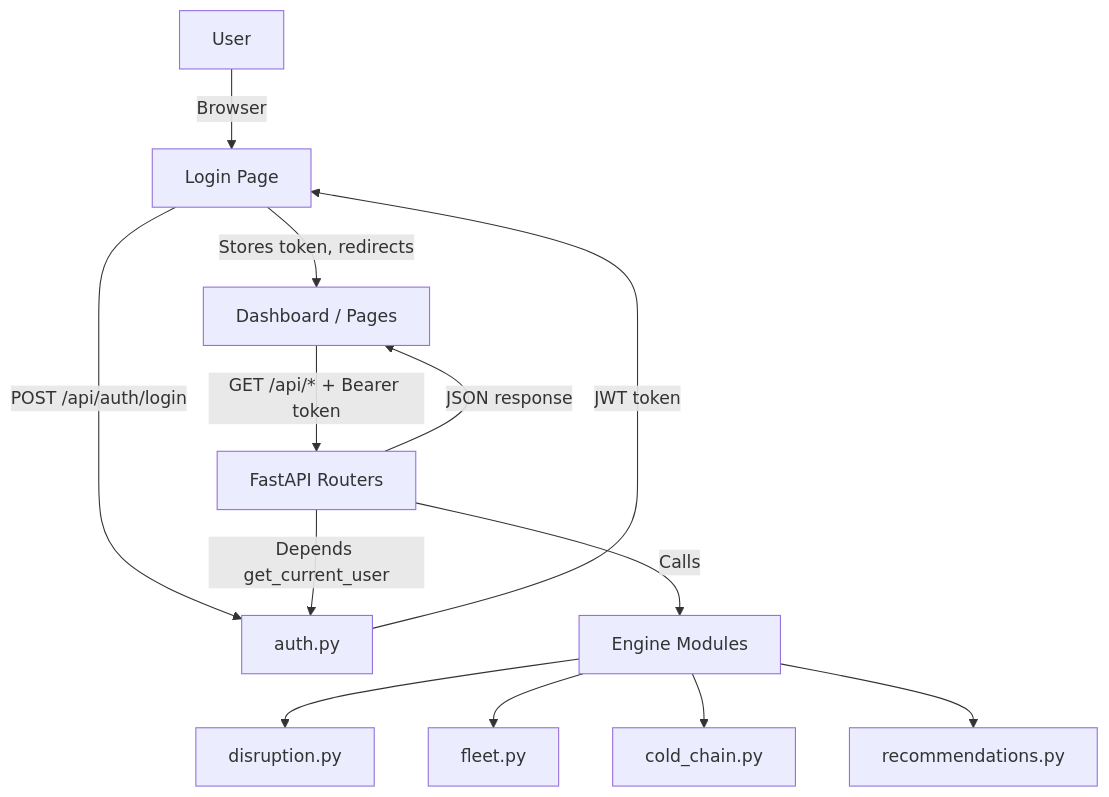
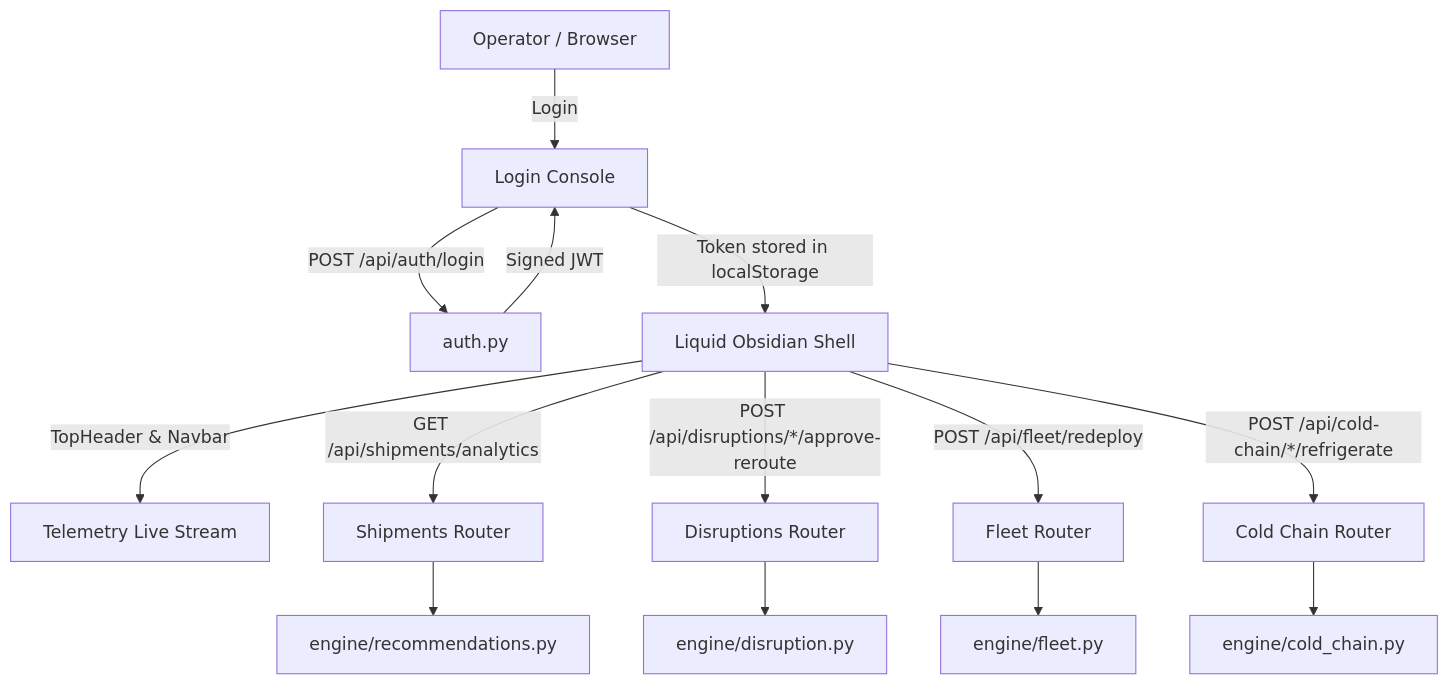
Before and after one commit to Jajadiyavisrut/Dark-Void: the diagram in docs/architecture.md, drawn with Mermaid. The commit also changed other lines of this file and 3 other files, not shown here.

Commit message:
docs: add Liquid Obsidian DESIGN.md specification and update architecture and solution overview

````diff
--- a/docs/architecture.md
+++ b/docs/architecture.md
@@ -35,15 +57,16 @@
 ```mermaid
 graph TD
-    U[User] -->|Browser| L[Login Page]
+    U[Operator / Browser] -->|Login| L[Login Console]
     L -->|POST /api/auth/login| A[auth.py]
-    A -->|JWT token| L
-    L -->|Stores token, redirects| D[Dashboard / Pages]
-    D -->|GET /api/* + Bearer token| B[FastAPI Routers]
-    B -->|Depends get_current_user| A
-    B -->|Calls| C[Engine Modules]
-    C --> C1[disruption.py]
-    C --> C2[fleet.py]
-    C --> C3[cold_chain.py]
-    C --> C4[recommendations.py]
-    B -->|JSON response| D
+    A -->|Signed JWT| L
+    L -->|Token stored in localStorage| D[Liquid Obsidian Shell]
+    D -->|TopHeader & Navbar| NV[Telemetry Live Stream]
+    D -->|GET /api/shipments/analytics| S1[Shipments Router]
+    D -->|POST /api/disruptions/*/approve-reroute| DR[Disruptions Router]
+    D -->|POST /api/fleet/redeploy| FL[Fleet Router]
+    D -->|POST /api/cold-chain/*/refrigerate| CC[Cold Chain Router]
+    DR --> E1[engine/disruption.py]
+    FL --> E2[engine/fleet.py]
+    CC --> E3[engine/cold_chain.py]
+    S1 --> E4[engine/recommendations.py]
 ```
````
